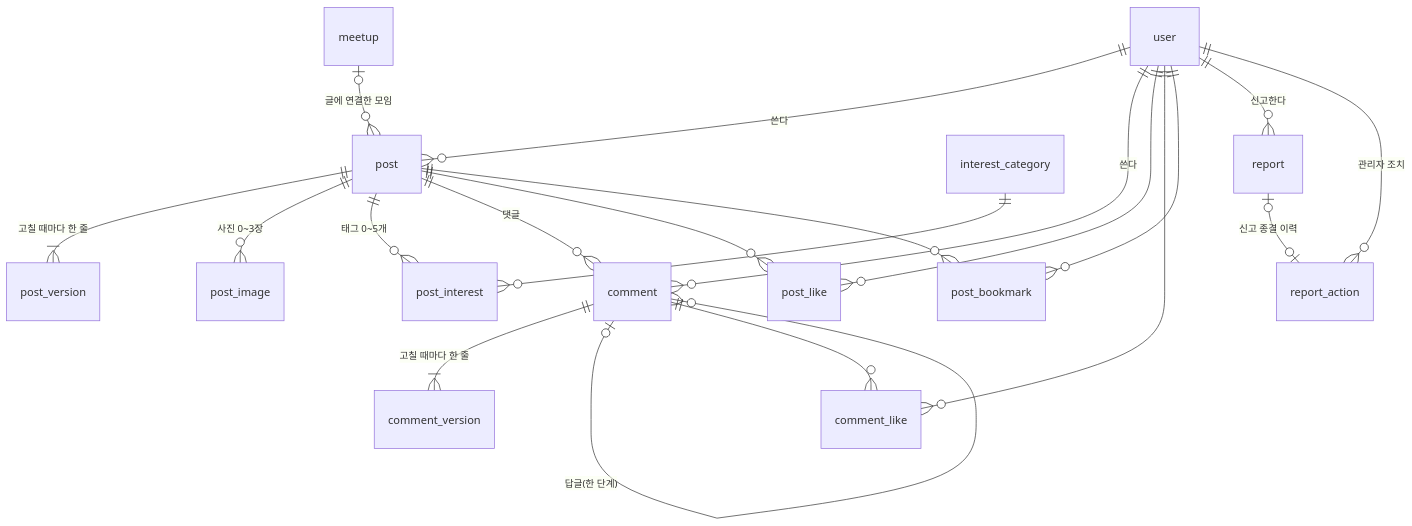
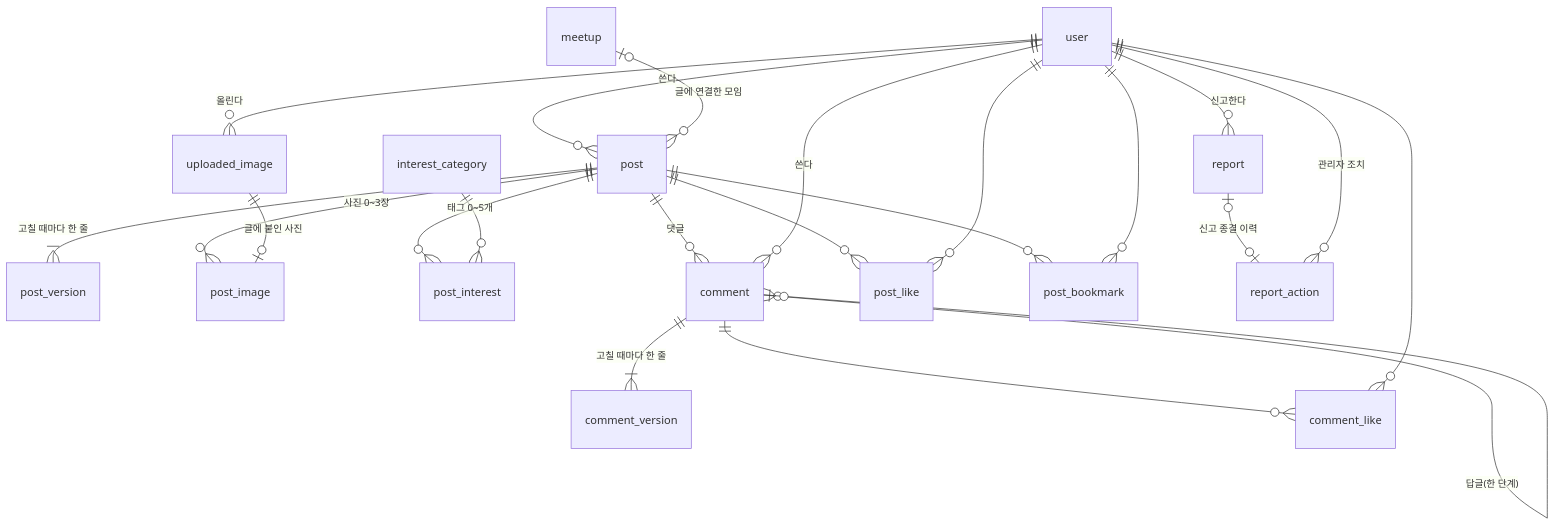
One commit to it-ting-team/it-ting changed the diagram in docs/db/community.md. Above: the diagram before and after it, drawn with Mermaid. The commit also changed other lines of this file and 3 other files, not shown here.

````diff
--- a/docs/db/community.md
+++ b/docs/db/community.md
@@ -5,22 +5,24 @@
 ```mermaid
 erDiagram
     user ||--o{ post : "쓴다"
     meetup |o--o{ post : "글에 연결한 모임"
     post ||--|{ post_version : "고칠 때마다 한 줄"
     post ||--o{ post_image : "사진 0~3장"
+    user ||--o{ uploaded_image : "올린다"
+    uploaded_image ||--o| post_image : "글에 붙인 사진"
     post ||--o{ post_interest : "태그 0~5개"
     interest_category ||--o{ post_interest : ""
     post ||--o{ comment : "댓글"
     comment ||--|{ comment_version : "고칠 때마다 한 줄"
     comment |o--o{ comment : "답글(한 단계)"
     user ||--o{ comment : "쓴다"
     post ||--o{ post_like : ""
     user ||--o{ post_like : ""
     comment ||--o{ comment_like : ""
     user ||--o{ comment_like : ""
     post ||--o{ post_bookmark : ""
     user ||--o{ post_bookmark : ""
     user ||--o{ report : "신고한다"
     report |o--o| report_action : "신고 종결 이력"
     user ||--o{ report_action : "관리자 조치"
 ```
````
